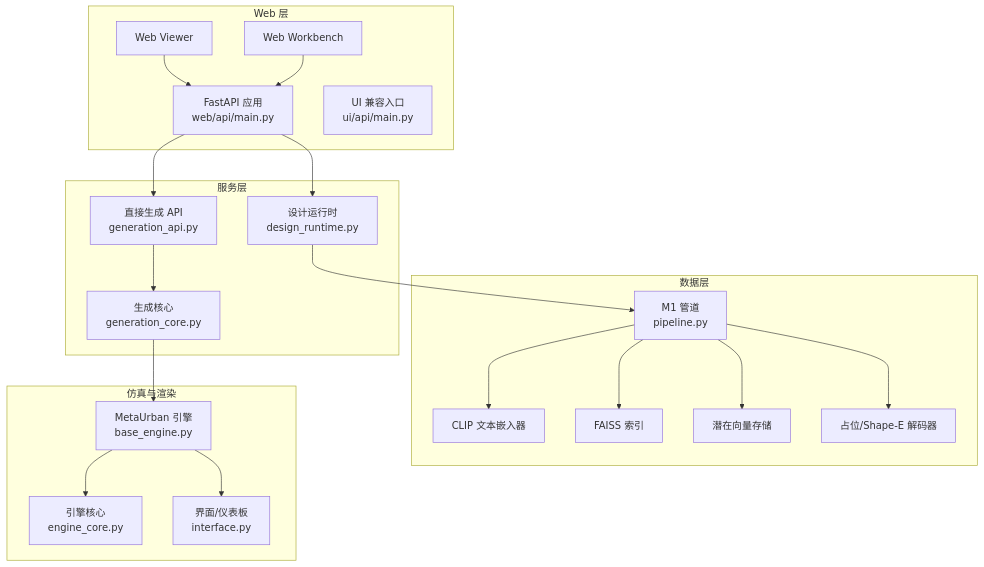
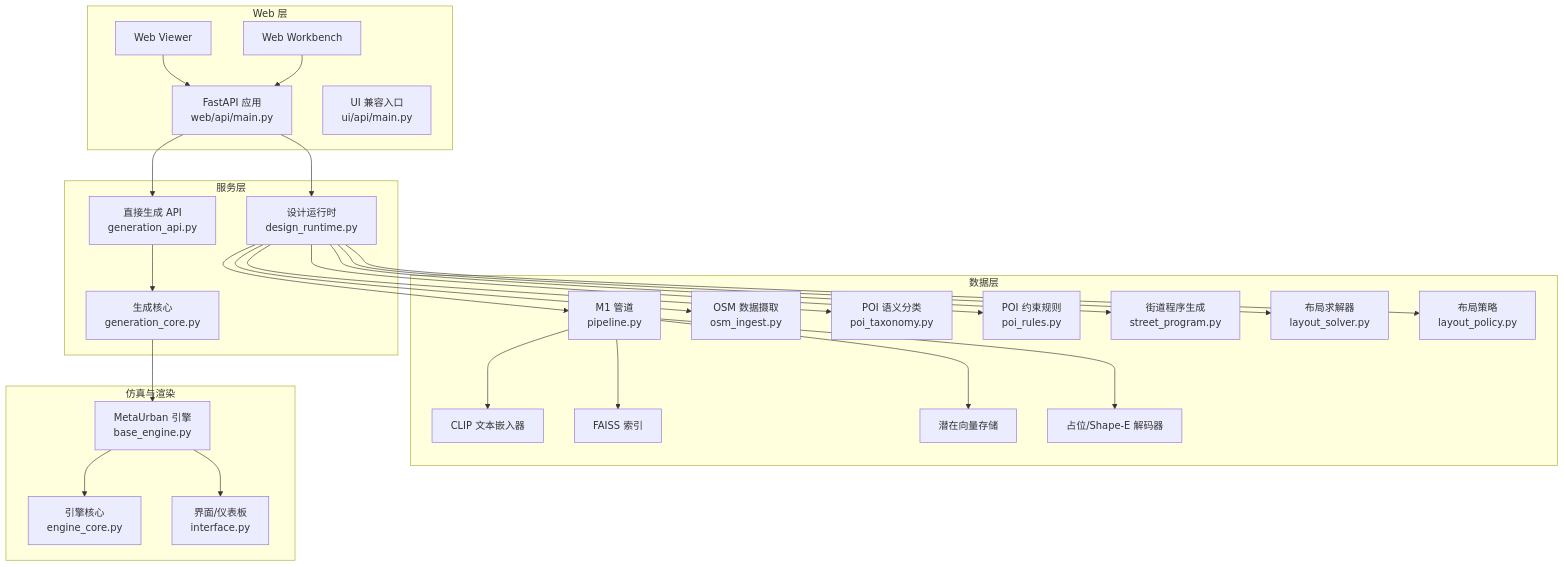
One commit to wsqstar/RoadGen3D changed the first of 17 diagrams in .qoder/repowiki/zh/content/系统架构/系统架构.md. Above: the diagram before and after it, drawn with Mermaid. The commit also changed other lines of this file and 10 other files, not shown here.

First line of the commit message:
docs(architecture): update system architecture with OSM and POI integration

````diff
--- a/.qoder/repowiki/zh/content/系统架构/系统架构.md
+++ b/.qoder/repowiki/zh/content/系统架构/系统架构.md
@@ -43,39 +69,51 @@
 ```mermaid
 graph TB
 subgraph "Web 层"
 API["FastAPI 应用<br/>web/api/main.py"]
 UI_API["UI 兼容入口<br/>ui/api/main.py"]
 Viewer["Web Viewer"]
 Workbench["Web Workbench"]
 end
 subgraph "服务层"
 DesignRuntime["设计运行时<br/>design_runtime.py"]
 GenAPI["直接生成 API<br/>generation_api.py"]
 GenCore["生成核心<br/>generation_core.py"]
 end
 subgraph "数据层"
 Pipeline["M1 管道<br/>pipeline.py"]
 Embedder["CLIP 文本嵌入器"]
 IndexStore["FAISS 索引"]
 LatentStore["潜在向量存储"]
 Decoder["占位/Shape-E 解码器"]
+OSMIngest["OSM 数据摄取<br/>osm_ingest.py"]
+POITaxonomy["POI 语义分类<br/>poi_taxonomy.py"]
+POIRules["POI 约束规则<br/>poi_rules.py"]
+StreetProgram["街道程序生成<br/>street_program.py"]
+LayoutSolver["布局求解器<br/>layout_solver.py"]
+LayoutPolicy["布局策略<br/>layout_policy.py"]
 end
 subgraph "仿真与渲染"
 MetaEngine["MetaUrban 引擎<br/>base_engine.py"]
 EngineCore["引擎核心<br/>engine_core.py"]
 Interface["界面/仪表板<br/>interface.py"]
 end
 API --> DesignRuntime
 API --> GenAPI
 GenAPI --> GenCore
 DesignRuntime --> Pipeline
+DesignRuntime --> OSMIngest
+DesignRuntime --> POITaxonomy
+DesignRuntime --> POIRules
+DesignRuntime --> StreetProgram
+DesignRuntime --> LayoutSolver
+DesignRuntime --> LayoutPolicy
 Pipeline --> Embedder
 Pipeline --> IndexStore
 Pipeline --> LatentStore
 Pipeline --> Decoder
 GenCore --> MetaEngine
 MetaEngine --> EngineCore
 MetaEngine --> Interface
 Viewer --> API
 Workbench --> API
 ```
````
